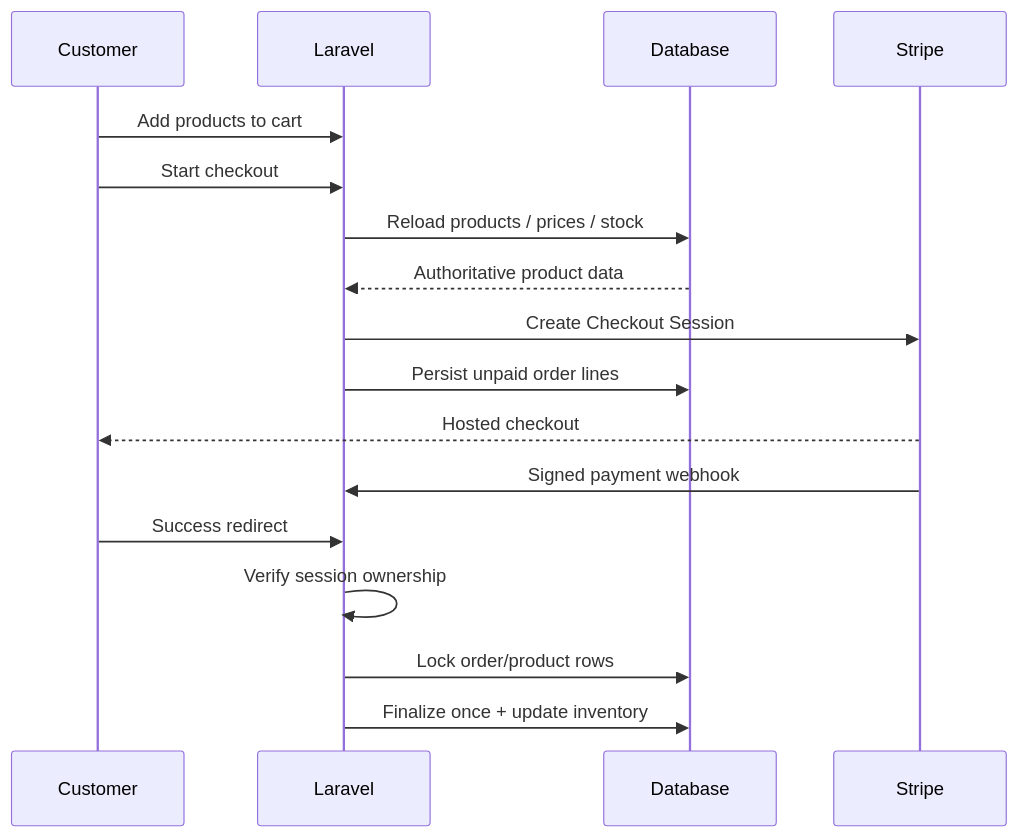
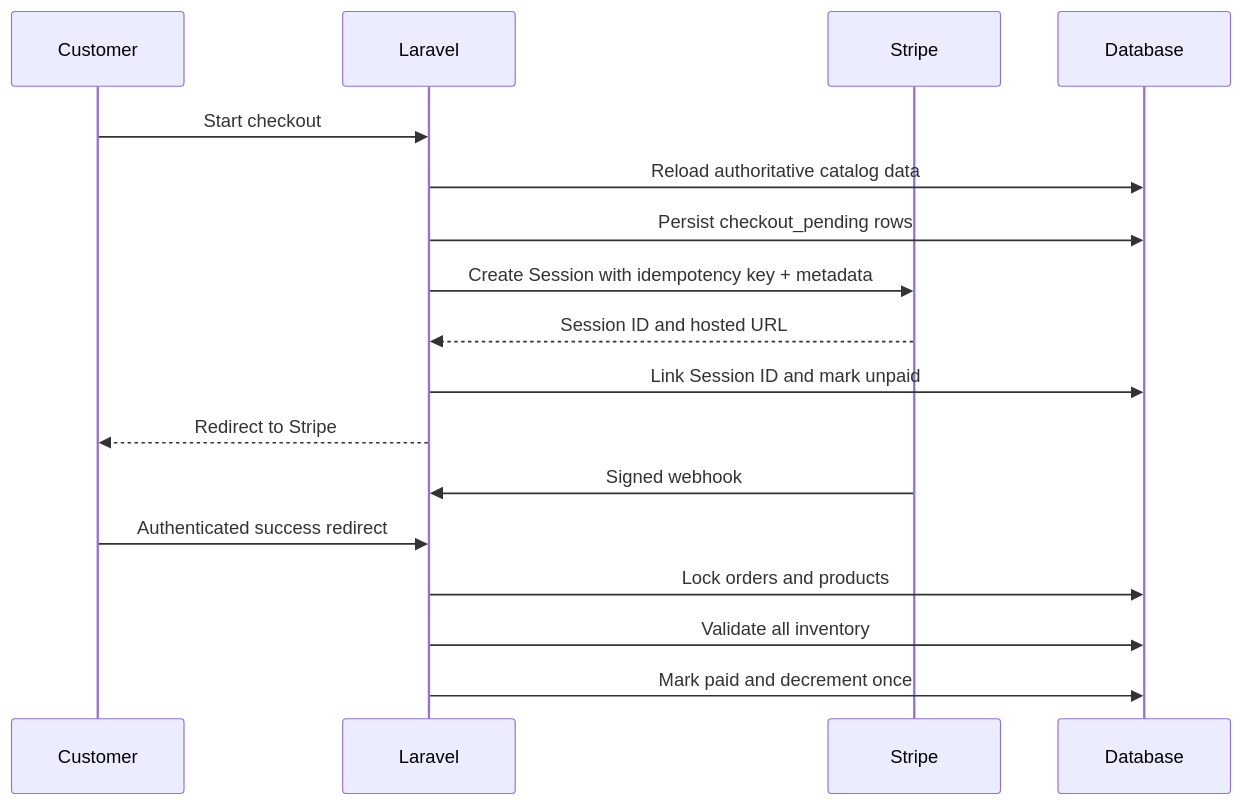
One commit to DagemawiDeveloper/Boldinone changed the second of 2 diagrams in README.md. Above: the diagram before and after it, drawn with Mermaid. The commit also changed other lines of this file and 33 other files, not shown here.

First line of the commit message:
Make Boldinone Stripe checkout recoverable and test its payment lifecycle

````diff
--- a/README.md
+++ b/README.md
@@ -77,20 +102,20 @@
 ```mermaid
 sequenceDiagram
-    participant U as Customer
+    participant C as Customer
     participant L as Laravel
+    participant S as Stripe
     participant D as Database
-    participant S as Stripe
 
-    U->>L: Add products to cart
-    U->>L: Start checkout
-    L->>D: Reload products / prices / stock
-    D-->>L: Authoritative product data
-    L->>S: Create Checkout Session
-    L->>D: Persist unpaid order lines
-    S-->>U: Hosted checkout
-    S->>L: Signed payment webhook
-    U->>L: Success redirect
-    L->>L: Verify session ownership
-    L->>D: Lock order/product rows
-    L->>D: Finalize once + update inventory
+    C->>L: Start checkout
+    L->>D: Reload authoritative catalog data
+    L->>D: Persist checkout_pending rows
+    L->>S: Create Session with idempotency key + metadata
+    S-->>L: Session ID and hosted URL
+    L->>D: Link Session ID and mark unpaid
+    L-->>C: Redirect to Stripe
+    S->>L: Signed webhook
+    C->>L: Authenticated success redirect
+    L->>D: Lock orders and products
+    L->>D: Validate all inventory
+    L->>D: Mark paid and decrement once
 ```
````
